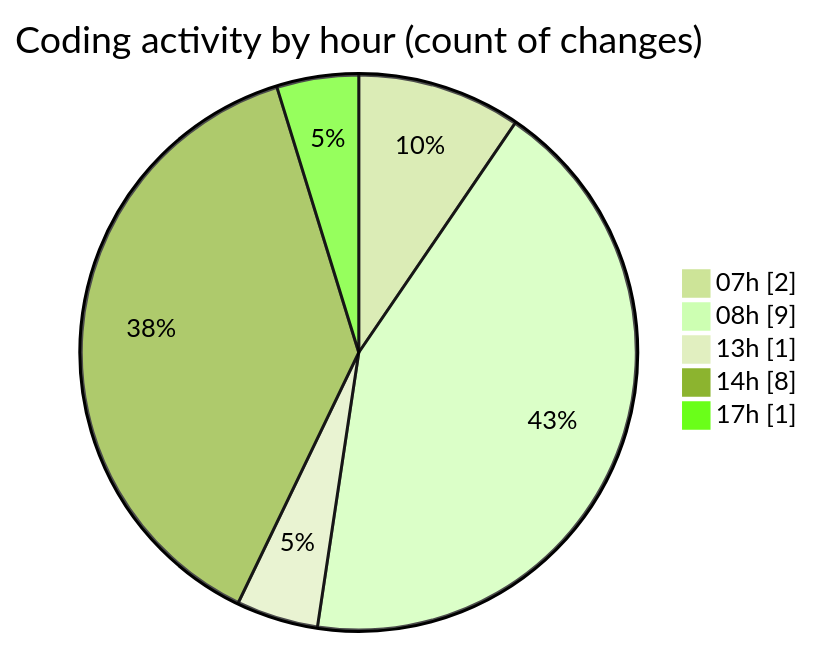
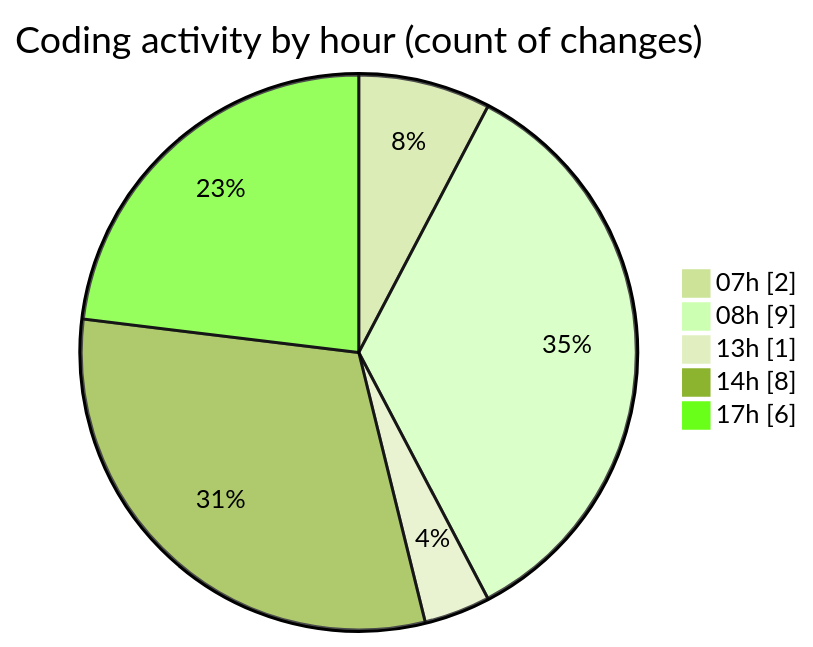
Before and after one commit to Elitesun/code-tracking: the second of 2 diagrams in 2025-05-14/niten/README.md, drawn with Mermaid (forest theme). The commit also changed other lines of this file and 1 other file, not shown here.

````diff
--- a/2025-05-14/niten/README.md
+++ b/2025-05-14/niten/README.md
@@ -40,9 +41,9 @@
 ```mermaid
 pie showData
 title Coding activity by hour (count of changes)
 "07h" : 2
 "08h" : 9
 "13h" : 1
 "14h" : 8
-"17h" : 1
+"17h" : 6
 ```
````
